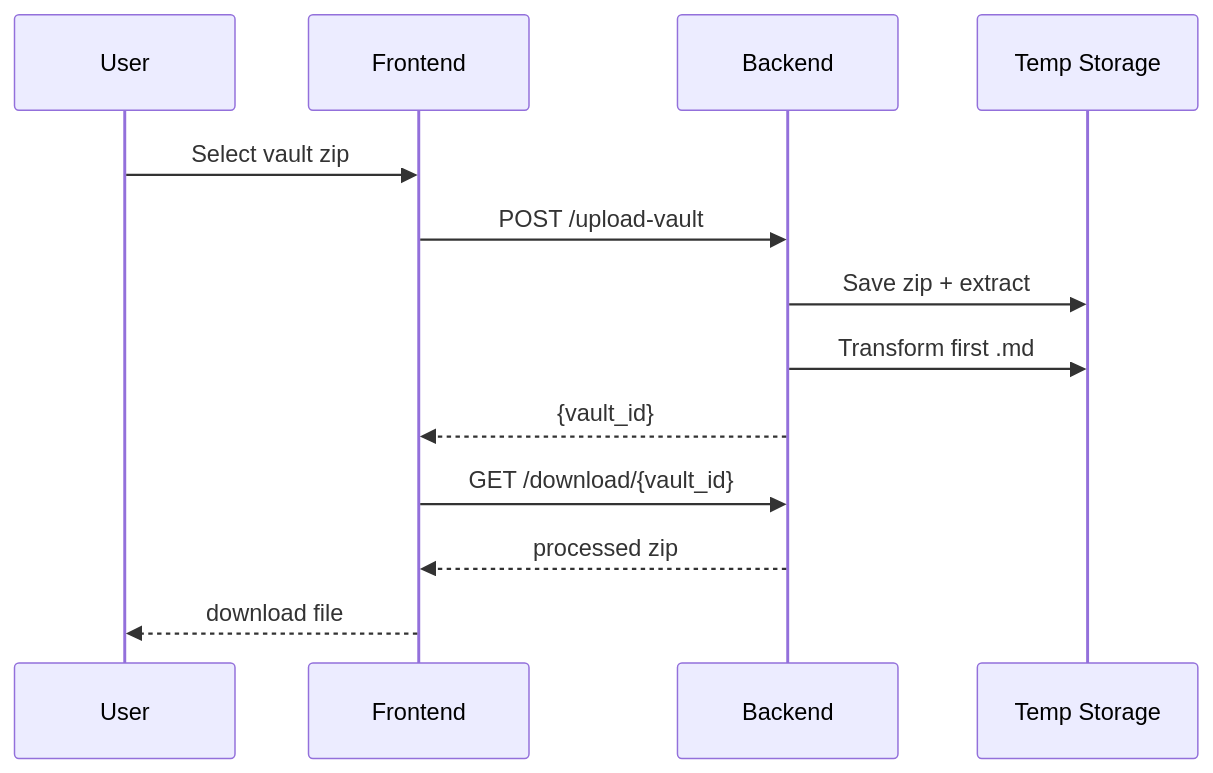
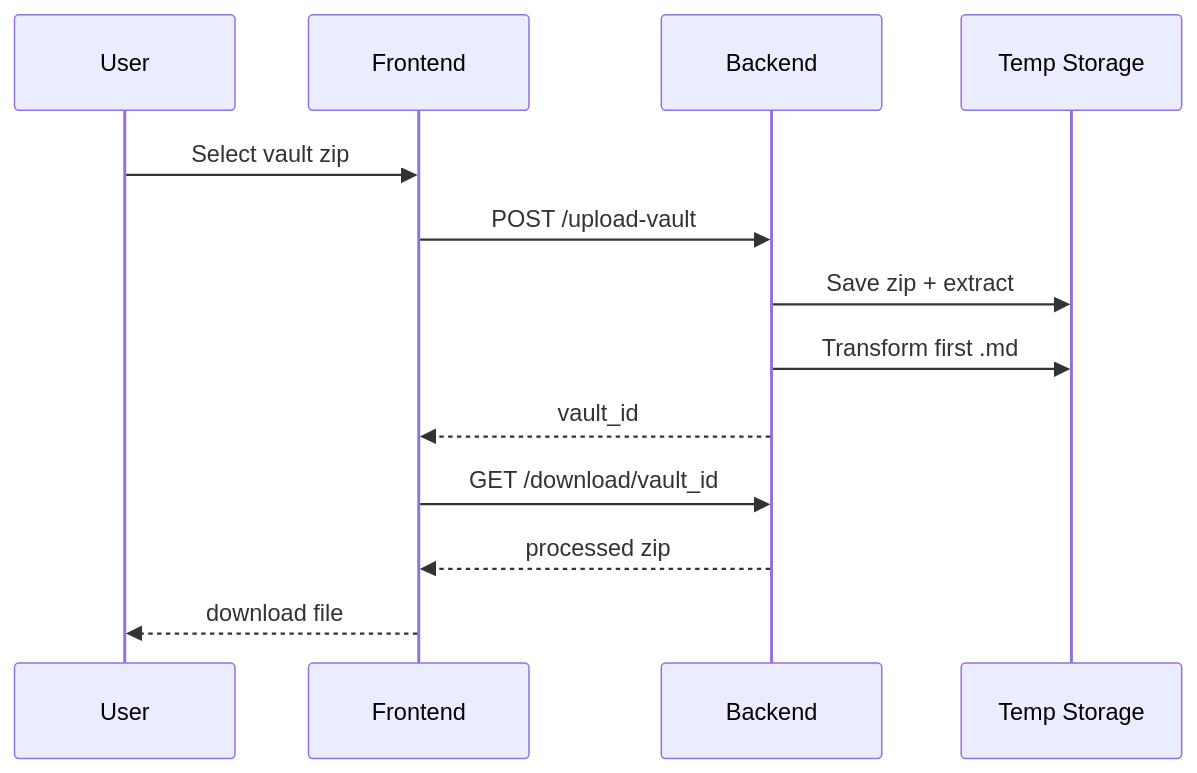
Before and after one commit to haseebraza715/AgentVault: the third of 3 diagrams in docs/phase-1-mvp.md, drawn with Mermaid. The commit also changed other lines of this file and 4 other files, not shown here.

Commit message:
Fix mermaid syntax in phase docs

````diff
--- a/docs/phase-1-mvp.md
+++ b/docs/phase-1-mvp.md
@@ -19,16 +19,16 @@
 ```mermaid
 sequenceDiagram
   %% Phase 1 - Upload/Download
   participant U as User
   participant FE as Frontend
   participant BE as Backend
   participant FS as Temp Storage
   U->>FE: Select vault zip
   FE->>BE: POST /upload-vault
   BE->>FS: Save zip + extract
   BE->>FS: Transform first .md
-  BE-->>FE: {vault_id}
-  FE->>BE: GET /download/{vault_id}
+  BE-->>FE: vault_id
+  FE->>BE: GET /download/vault_id
   BE-->>FE: processed zip
   FE-->>U: download file
 ```
````
